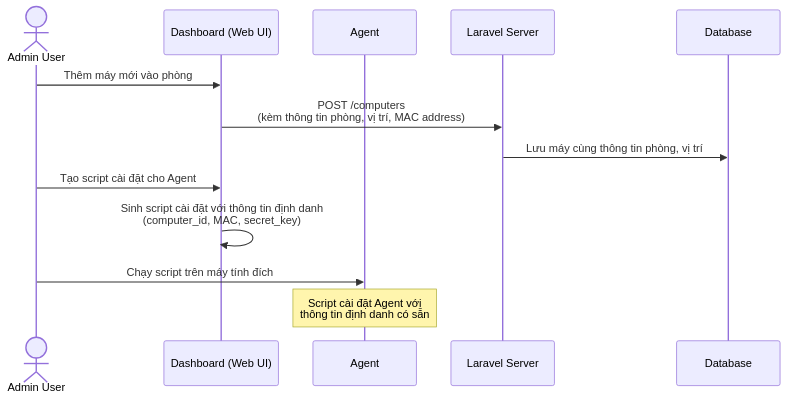
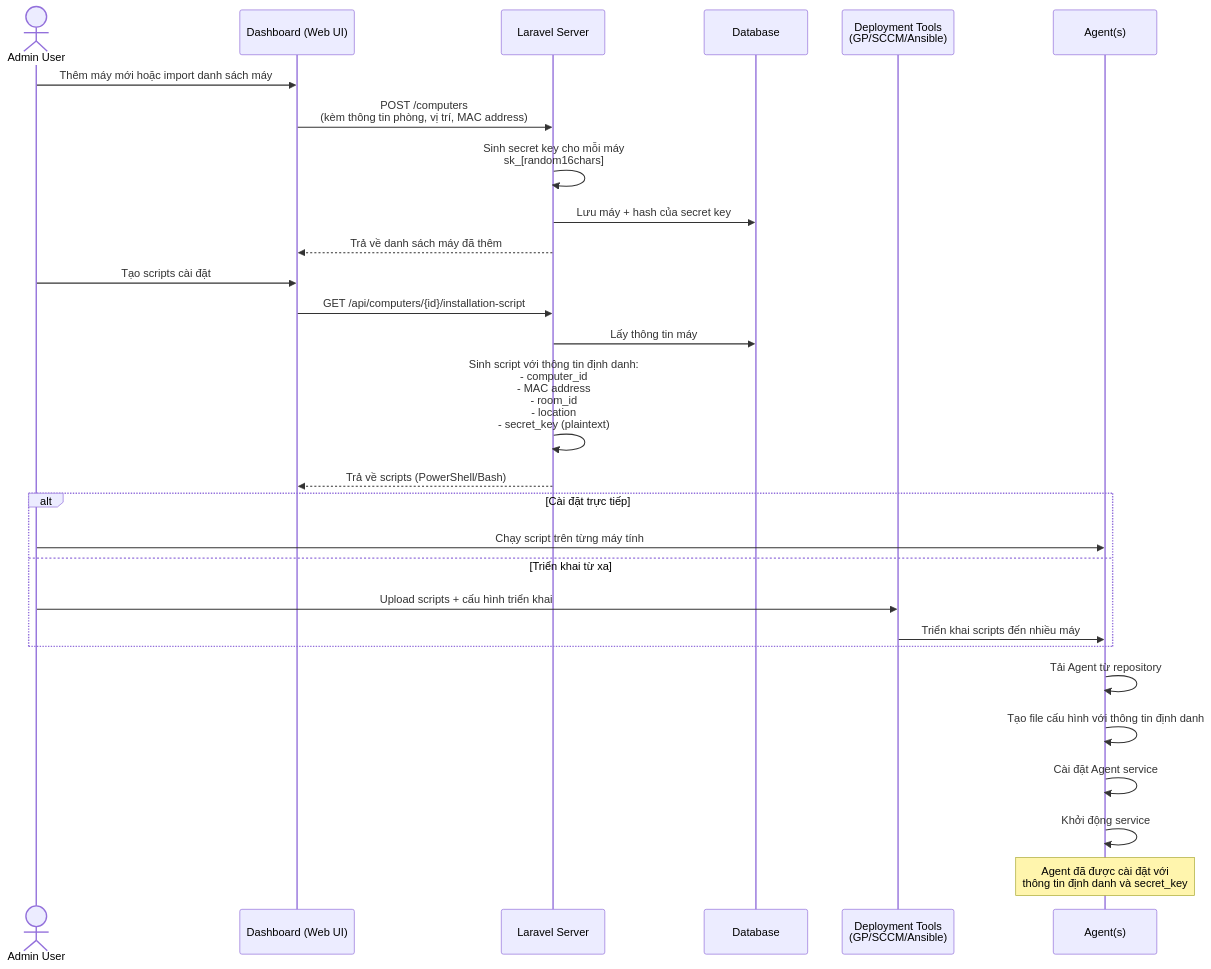
One commit to yamada5131/unilab changed the first of 5 diagrams in README.md. Above: the diagram before and after it, drawn with Mermaid. The commit also changed other lines of this file, not shown here.

Commit message:
feat: 🎸 Enhance README with detailed installation script process, examples, and deployment methods for Agent setup

````diff
--- a/README.md
+++ b/README.md
@@ -20,17 +193,38 @@
 ```mermaid
 sequenceDiagram
     actor U as Admin User
     participant D as Dashboard (Web UI)
-    participant A as Agent
     participant S as Laravel Server
     participant DB as Database
+    participant DP as Deployment Tools<br>(GP/SCCM/Ansible)
+    participant A as Agent(s)
 
-    U->>D: Thêm máy mới vào phòng
+    %% Thêm máy tính vào hệ thống
+    U->>D: Thêm máy mới hoặc import danh sách máy
     D->>S: POST /computers<br>(kèm thông tin phòng, vị trí, MAC address)
-    S->>DB: Lưu máy cùng thông tin phòng, vị trí
+    S->>S: Sinh secret key cho mỗi máy<br>sk_[random16chars]
+    S->>DB: Lưu máy + hash của secret key
+    S-->>D: Trả về danh sách máy đã thêm
     
-    U->>D: Tạo script cài đặt cho Agent
-    D->>D: Sinh script cài đặt với thông tin định danh<br>(computer_id, MAC, secret_key)
-    U->>A: Chạy script trên máy tính đích
-    Note over A: Script cài đặt Agent với<br>thông tin định danh có sẵn
+    %% Tạo installation scripts
+    U->>D: Tạo scripts cài đặt
+    D->>S: GET /api/computers/{id}/installation-script
+    S->>DB: Lấy thông tin máy
+    S->>S: Sinh script với thông tin định danh:<br>- computer_id<br>- MAC address<br>- room_id<br>- location<br>- secret_key (plaintext)
+    S-->>D: Trả về scripts (PowerShell/Bash)
+    
+    %% Triển khai cài đặt
+    alt Cài đặt trực tiếp
+        U->>A: Chạy script trên từng máy tính
+    else Triển khai từ xa
+        U->>DP: Upload scripts + cấu hình triển khai
+        DP->>A: Triển khai scripts đến nhiều máy
+    end
+    
+    %% Cài đặt Agent
+    A->>A: Tải Agent từ repository
+    A->>A: Tạo file cấu hình với thông tin định danh
+    A->>A: Cài đặt Agent service
+    A->>A: Khởi động service
+    Note over A: Agent đã được cài đặt với<br>thông tin định danh và secret_key
 ```
````
